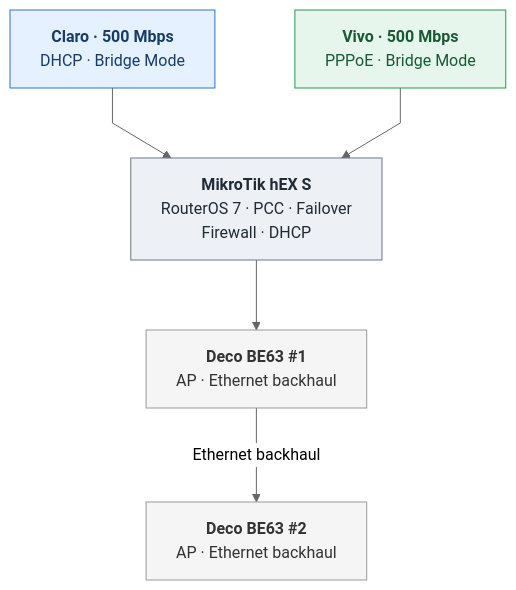
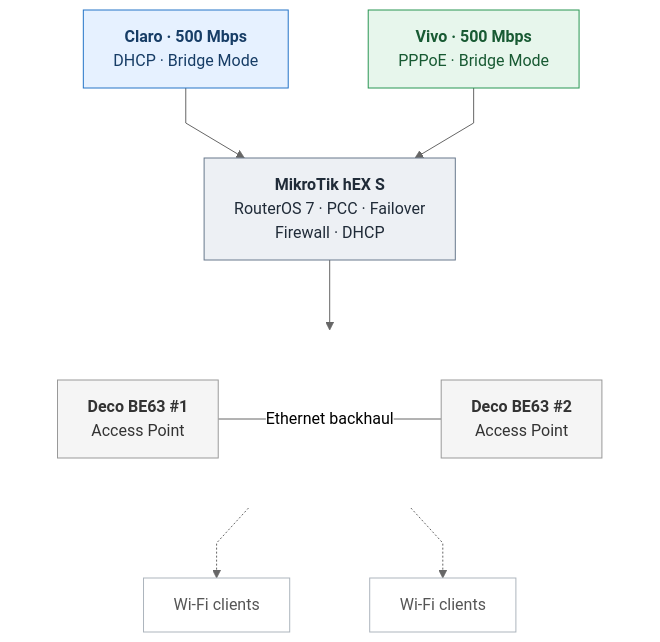
The diagram in docs/mermaid-topology-preview.md (london36/mikrotik-dualwan-pcc-failover-monitoring), drawn with Mermaid (neutral theme) before and after one commit. The commit also changed other lines of this file, not shown here.

Commit message:
docs: preview horizontal Deco backhaul and Wi-Fi clients

````diff
--- a/docs/mermaid-topology-preview.md
+++ b/docs/mermaid-topology-preview.md
@@ -5,24 +5,36 @@
 ```mermaid
 %%{init: {"flowchart": {"minNodeWidth": 260, "wrappingWidth": 280, "nodeSpacing": 80, "rankSpacing": 70, "curve": "linear"}}}%%
 flowchart TB
     C["<b>Claro · 500 Mbps</b><br/>DHCP · Bridge Mode"]
     V["<b>Vivo · 500 Mbps</b><br/>PPPoE · Bridge Mode"]
     M["<b>MikroTik hEX S</b><br/>RouterOS 7 · PCC · Failover<br/>Firewall · DHCP"]
-    D1["<b>Deco BE63 #1</b><br/>AP · Ethernet backhaul"]
-    D2["<b>Deco BE63 #2</b><br/>AP · Ethernet backhaul"]
+    D1["<b>Deco BE63 #1</b><br/>Access Point"]
+    D2["<b>Deco BE63 #2</b><br/>Access Point"]
+    W1["Wi-Fi clients"]
+    W2["Wi-Fi clients"]
 
     C --> M
     V --> M
     M --> D1
-    D1 -->|Ethernet backhaul| D2
+
+    subgraph APs[" "]
+      direction LR
+      D1 ---|Ethernet backhaul| D2
+    end
+
+    D1 -.-> W1
+    D2 -.-> W2
 
     classDef claro fill:#e6f1ff,stroke:#2474c7,color:#173d66
     classDef vivo fill:#e7f6ec,stroke:#299653,color:#185a33
     classDef router fill:#edf0f4,stroke:#68788c,color:#202b38
     classDef deco fill:#f5f5f5,stroke:#999,color:#333
+    classDef clients fill:#ffffff,stroke:#adb5bd,color:#555
 
     class C claro
     class V vivo
     class M router
     class D1,D2 deco
+    class W1,W2 clients
+    style APs fill:none,stroke:none
 ```
````
